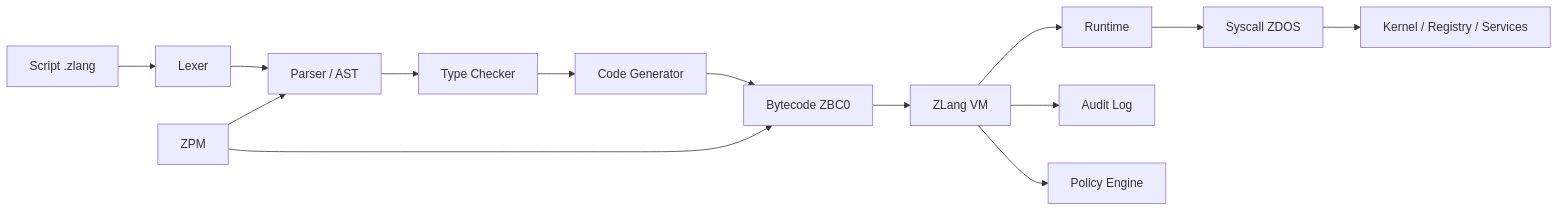
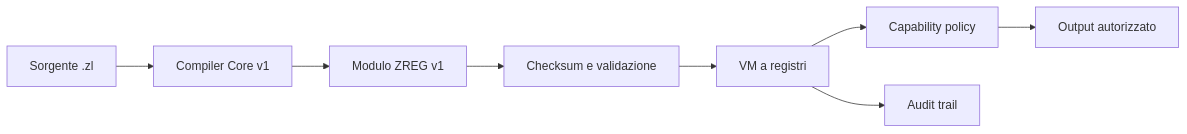
One commit to high-cde/Zlang changed the diagram in README.md. Above: the diagram before and after it, drawn with Mermaid. The commit also changed other lines of this file and 27 other files, not shown here.

````diff
--- a/README.md
+++ b/README.md
@@ -42,16 +32,10 @@
 ```mermaid
 flowchart LR
-    A[Script .zlang] --> B[Lexer]
-    B --> C[Parser / AST]
-    C --> D[Type Checker]
-    D --> E[Code Generator]
-    E --> F[Bytecode ZBC0]
-    F --> G[ZLang VM]
-    G --> H[Runtime]
-    H --> I[Syscall ZDOS]
-    I --> J[Kernel / Registry / Services]
-    G --> K[Audit Log]
-    G --> L[Policy Engine]
-    M[ZPM] --> C
-    M --> F
+    A[Sorgente .zl] --> B[Compiler Core v1]
+    B --> C[Modulo ZREG v1]
+    C --> D[Checksum e validazione]
+    D --> E[VM a registri]
+    E --> F[Capability policy]
+    F --> G[Output autorizzato]
+    E --> H[Audit trail]
 ```
````
